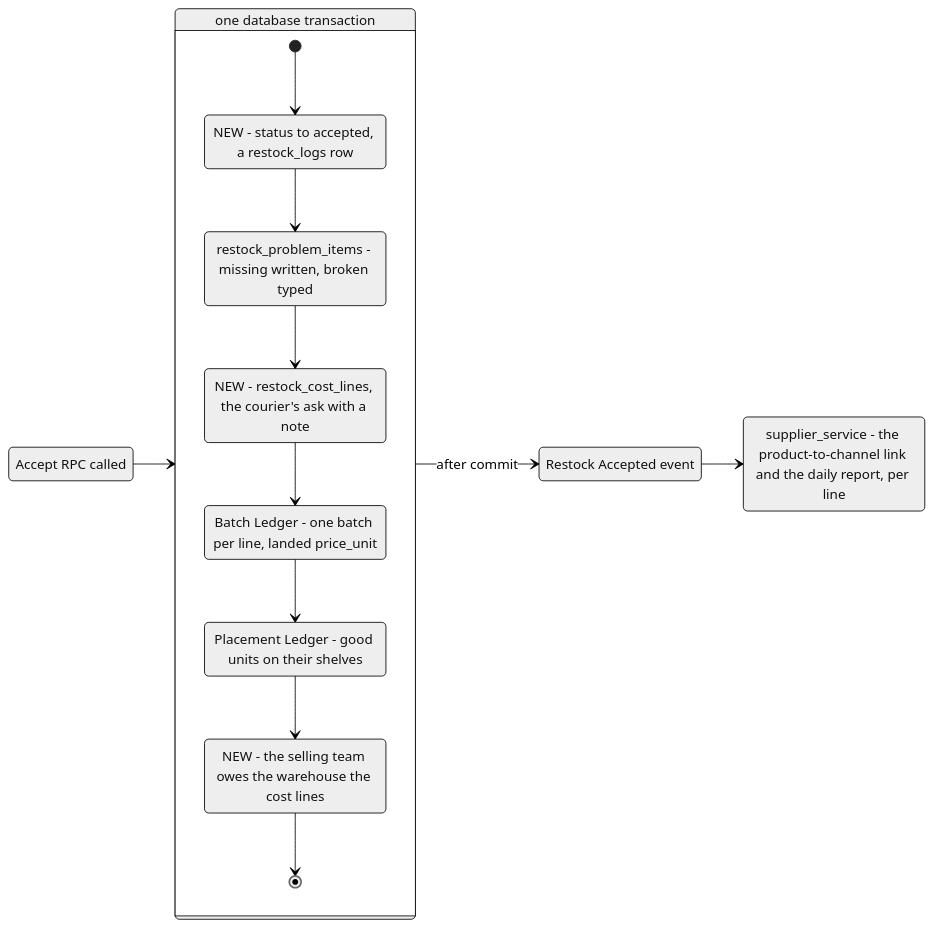
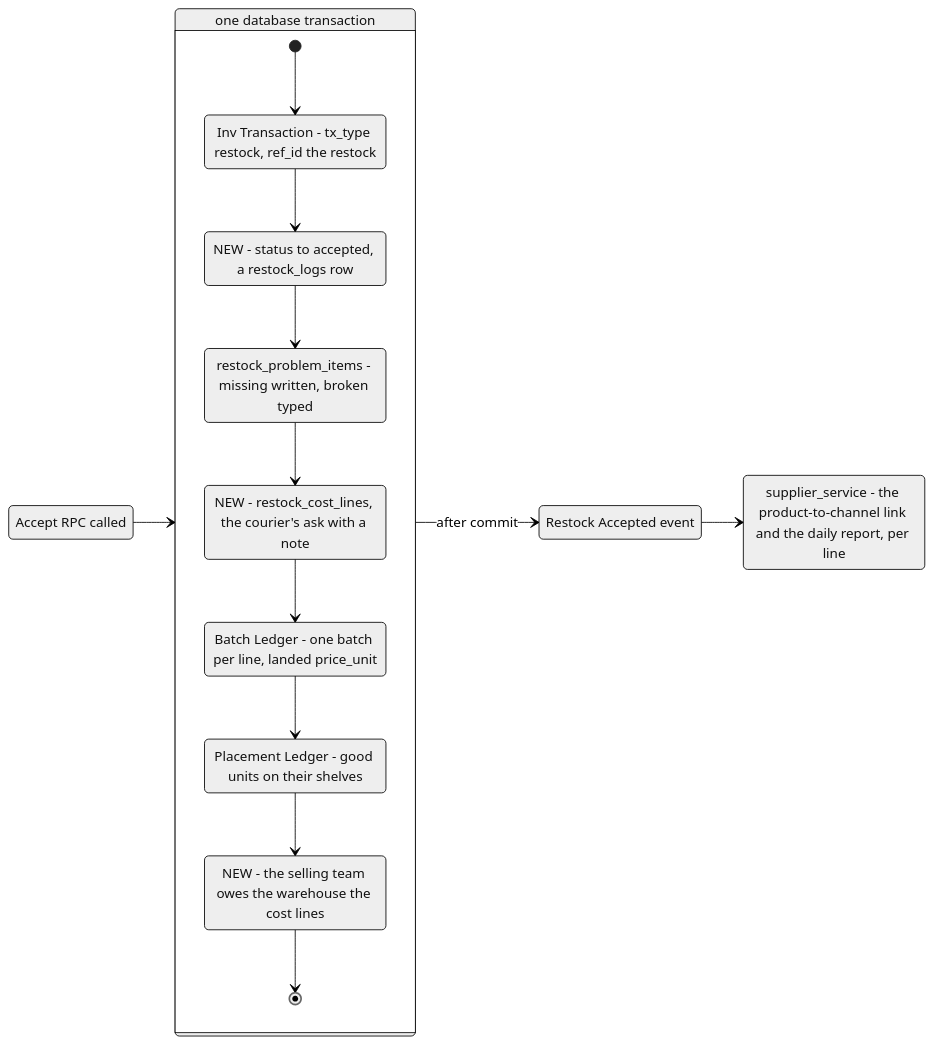
One commit to pdcgo/warehouse_revamp changed the third of 6 diagrams in docs/business/inventory/restock_clarify.md. Above: the diagram before and after it, drawn with Mermaid (neutral theme). The commit also changed other lines of this file and 15 other files, not shown here.

````diff
--- a/docs/business/inventory/restock_clarify.md
+++ b/docs/business/inventory/restock_clarify.md
@@ -247,25 +253,27 @@
 ```mermaid
 stateDiagram-v2
   direction LR
   state "Accept RPC called" as rpc
   state "one database transaction" as tx {
+    state "Inv Transaction - tx_type restock, ref_id the restock" as inv
     state "NEW - status to accepted, a restock_logs row" as st
     state "restock_problem_items - missing written, broken typed" as prob
     state "NEW - restock_cost_lines, the courier's ask with a note" as cost
     state "Batch Ledger - one batch per line, landed price_unit" as bl
     state "Placement Ledger - good units on their shelves" as pl
     state "NEW - the selling team owes the warehouse the cost lines" as owe
-    [*] --> st
+    [*] --> inv
+    inv --> st
     st --> prob
     prob --> cost
     cost --> bl
     bl --> pl
     pl --> owe
     owe --> [*]
   }
   state "Restock Accepted event" as evt
   state "supplier_service - the product-to-channel link and the daily report, per line" as sup
   rpc --> tx
   tx --> evt: after commit
   evt --> sup
 ```
````
